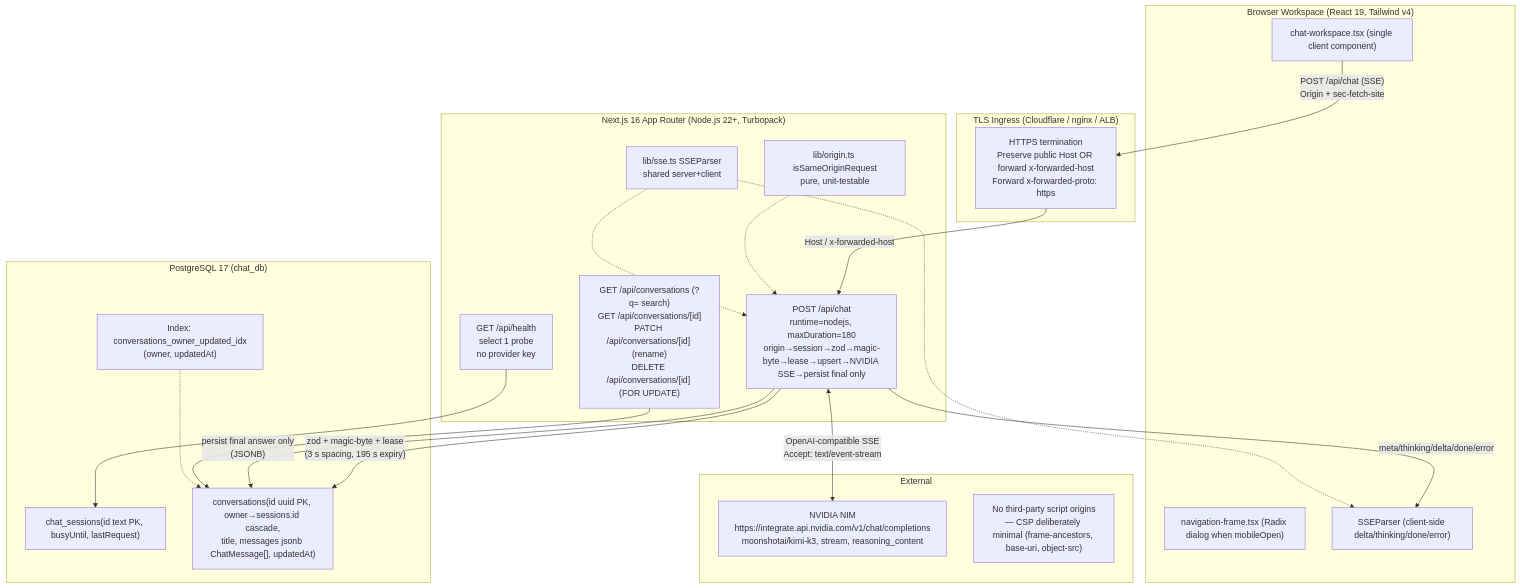
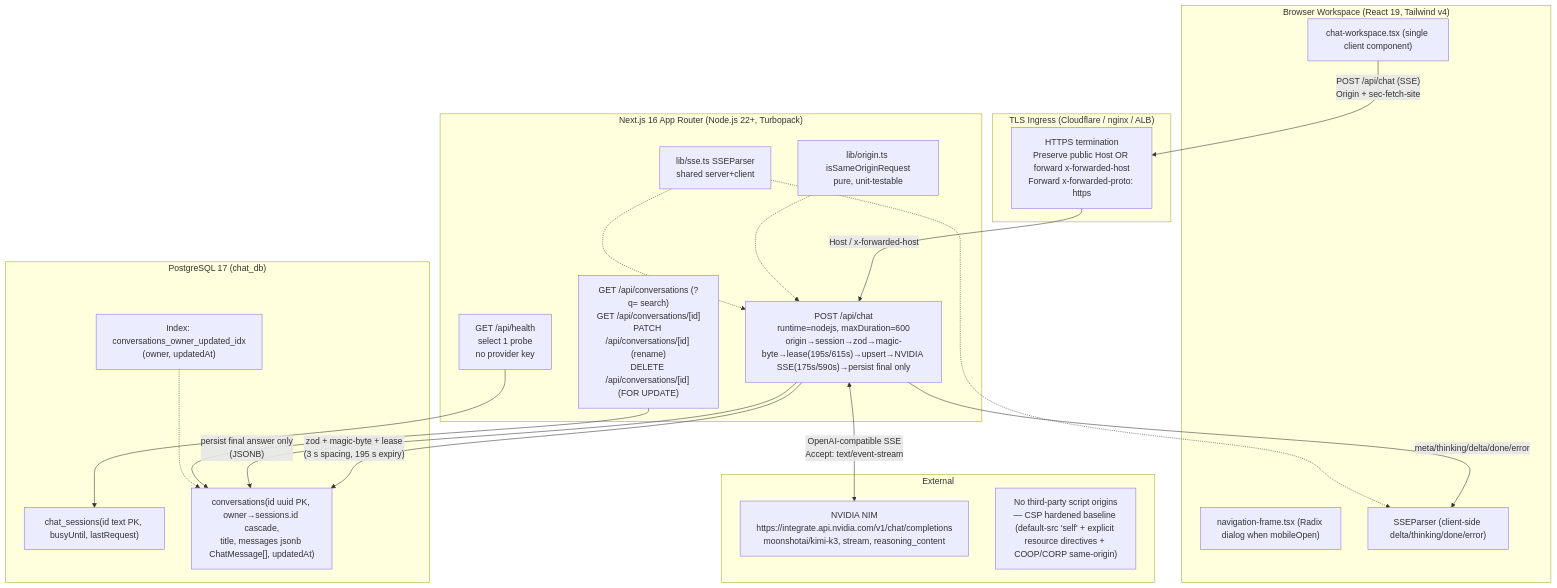
The first of 2 diagrams in Project_Architecture_Document.md (nordeim/new-chat-app), drawn with Mermaid before and after one commit. The commit also changed other lines of this file and 5 other files, not shown here.

````diff
--- a/Project_Architecture_Document.md
+++ b/Project_Architecture_Document.md
@@ -151,44 +152,44 @@
 ```mermaid
 flowchart TB
   subgraph Client["Browser Workspace (React 19, Tailwind v4)"]
     UI["chat-workspace.tsx (single client component)"]
     NF["navigation-frame.tsx (Radix dialog when mobileOpen)"]
     SSEc["SSEParser (client-side delta/thinking/done/error)"]
   end
 
   subgraph Edge["TLS Ingress (Cloudflare / nginx / ALB)"]
     TLS["HTTPS termination\nPreserve public Host OR forward x-forwarded-host\nForward x-forwarded-proto: https"]
   end
 
   subgraph App["Next.js 16 App Router (Node.js 22+, Turbopack)"]
-    CHAT["POST /api/chat\nruntime=nodejs, maxDuration=180\norigin→session→zod→magic-byte→lease→upsert→NVIDIA SSE→persist final only"]
+    CHAT["POST /api/chat\nruntime=nodejs, maxDuration=600\norigin→session→zod→magic-byte→lease(195s/615s)→upsert→NVIDIA SSE(175s/590s)→persist final only"]
     CONV["GET /api/conversations (?q= search)\nGET /api/conversations/[id]\nPATCH /api/conversations/[id] (rename)\nDELETE /api/conversations/[id] (FOR UPDATE)"]
     HEALTH["GET /api/health\nselect 1 probe\nno provider key"]
     ORIGIN["lib/origin.ts isSameOriginRequest\npure, unit-testable"]
     SSEs["lib/sse.ts SSEParser\nshared server+client"]
   end
 
   subgraph Data["PostgreSQL 17 (chat_db)"]
     SESS["chat_sessions(id text PK, busyUntil, lastRequest)"]
     CONVS["conversations(id uuid PK, owner→sessions.id cascade,\ntitle, messages jsonb ChatMessage[], updatedAt)"]
     IDX["Index: conversations_owner_updated_idx\n(owner, updatedAt)"]
   end
 
   subgraph Ext["External"]
     NIM["NVIDIA NIM\nhttps://integrate.api.nvidia.com/v1/chat/completions\nmoonshotai/kimi-k3, stream, reasoning_content"]
-    EXTERNAL["No third-party script origins\n— CSP deliberately minimal (frame-ancestors, base-uri, object-src)"]
+    EXTERNAL["No third-party script origins\n— CSP hardened baseline (default-src 'self' + explicit resource directives + COOP/CORP same-origin)"]
   end
 
   UI -->|"POST /api/chat (SSE)\nOrigin + sec-fetch-site"| TLS
   TLS -->|Host / x-forwarded-host| CHAT
   CHAT -->|"zod + magic-byte + lease\n(3 s spacing, 195 s expiry)"| CONVS
   CHAT <-->|"OpenAI-compatible SSE\nAccept: text/event-stream"| NIM
   CHAT -->|"persist final answer only\n(JSONB)"| CONVS
   CHAT -->|"meta/thinking/delta/done/error"| SSEc
   CONV --> CONVS
   HEALTH --> SESS
   ORIGIN -.-> CHAT
   SSEs -.-> CHAT
   SSEs -.-> SSEc
   IDX -.-> CONVS
 ```
````
